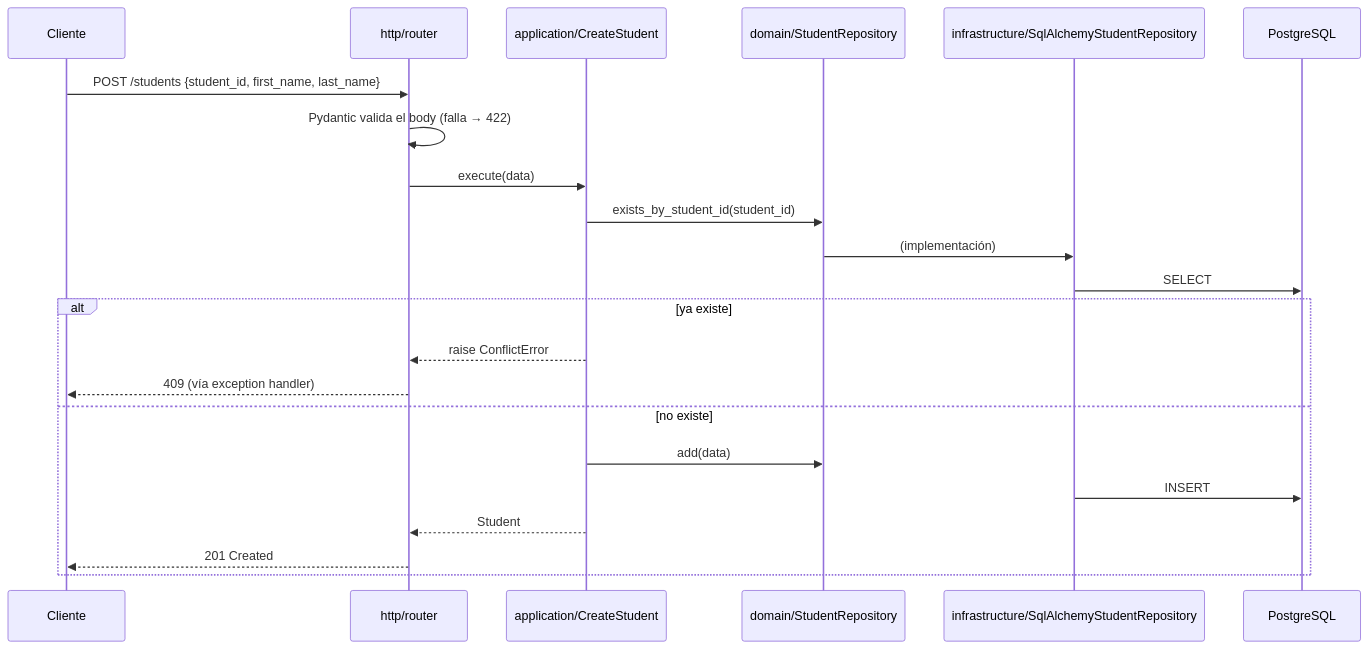
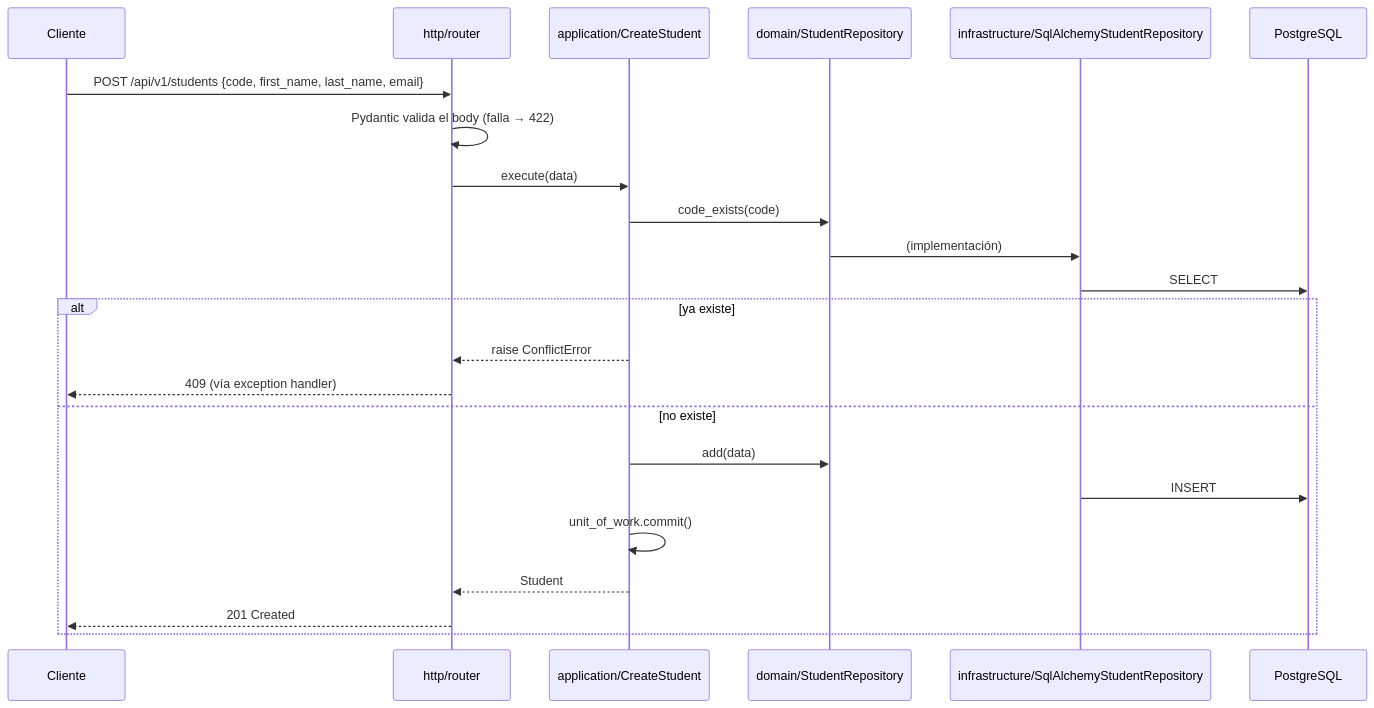
One commit to mita08mm/s4 changed the second of 2 diagrams in apps/api/ARCHITECTURE.md. Above: the diagram before and after it, drawn with Mermaid. The commit also changed other lines of this file and 35 other files, not shown here.

Commit message:
feat(api): add students module with CRUD, search, migration, seed and tests

````diff
--- a/apps/api/ARCHITECTURE.md
+++ b/apps/api/ARCHITECTURE.md
@@ -144,25 +155,26 @@
 ```mermaid
 sequenceDiagram
     participant C as Cliente
     participant R as http/router
     participant U as application/CreateStudent
     participant P as domain/StudentRepository
     participant D as infrastructure/SqlAlchemyStudentRepository
     participant DB as PostgreSQL
 
-    C->>R: POST /students {student_id, first_name, last_name}
+    C->>R: POST /api/v1/students {code, first_name, last_name, email}
     R->>R: Pydantic valida el body (falla → 422)
     R->>U: execute(data)
-    U->>P: exists_by_student_id(student_id)
+    U->>P: code_exists(code)
     P->>D: (implementación)
     D->>DB: SELECT
     alt ya existe
         U-->>R: raise ConflictError
         R-->>C: 409 (vía exception handler)
     else no existe
         U->>P: add(data)
         D->>DB: INSERT
+        U->>U: unit_of_work.commit()
         U-->>R: Student
         R-->>C: 201 Created
     end
 ```
````
